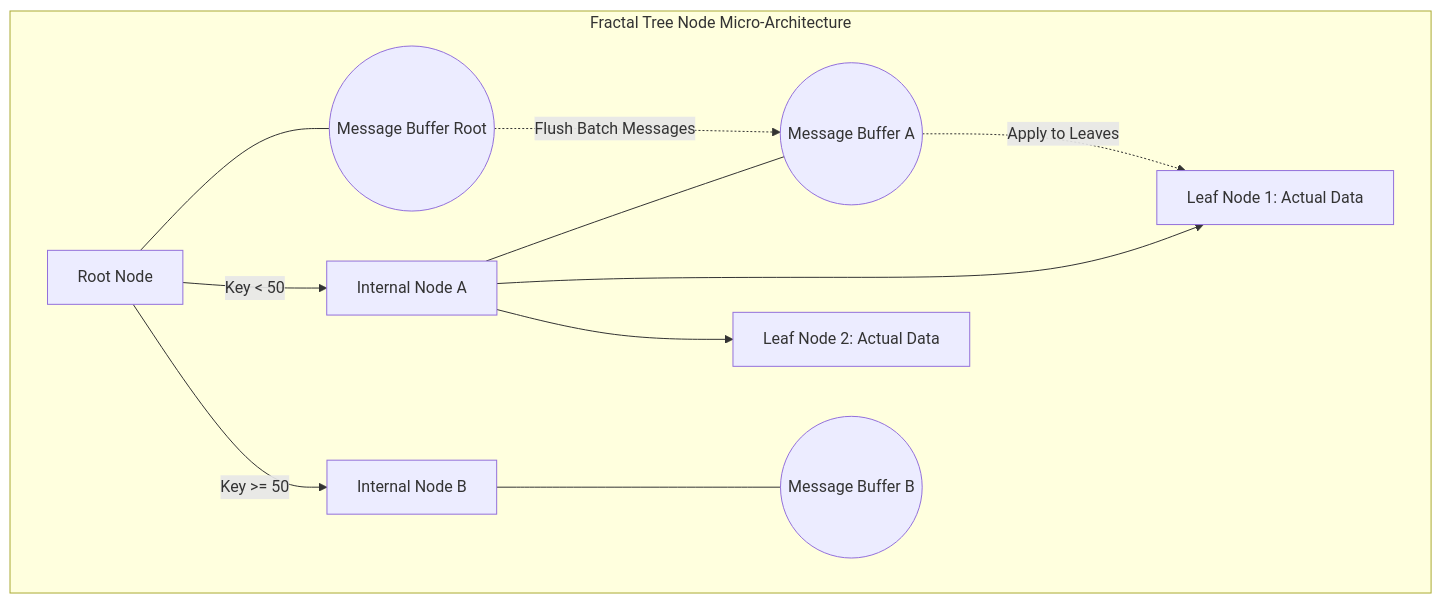
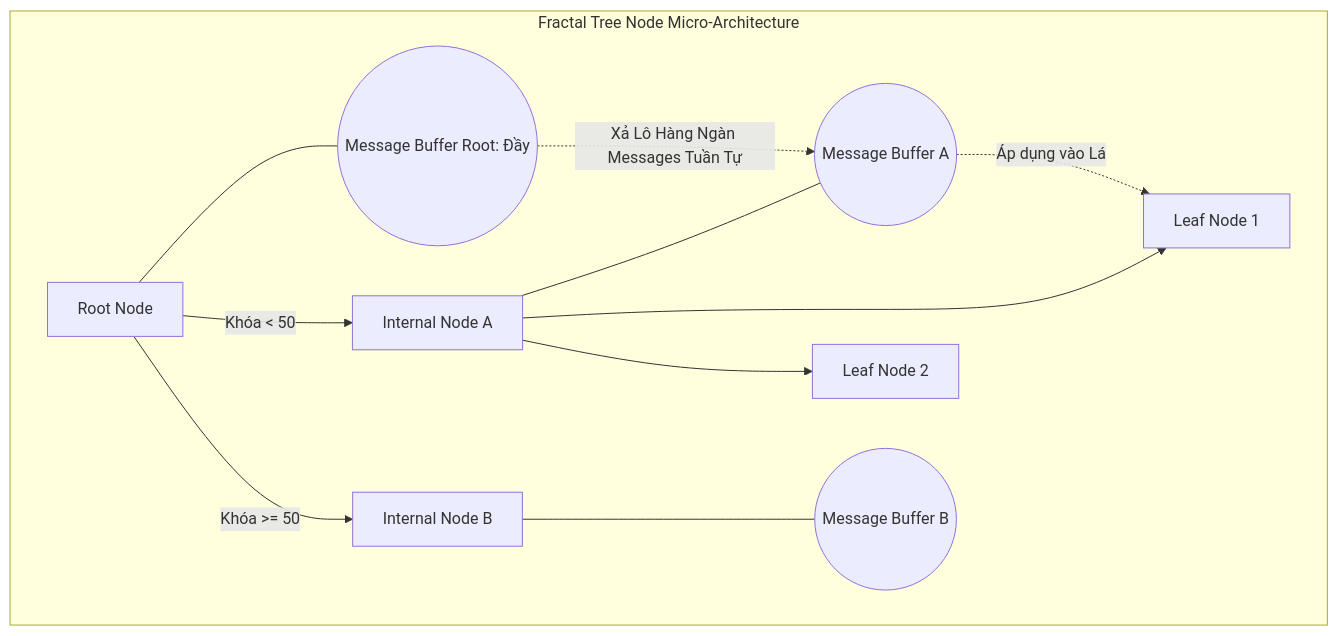
Before and after one commit to caubebinhan/landingpage: the second of 2 diagrams in blogs/part-1/07-fractal-trees-write-heavy-workload.md, drawn with Mermaid. The commit also changed other lines of this file and 6563 other files, not shown here.

````diff
--- a/blogs/part-1/07-fractal-trees-write-heavy-workload.md
+++ b/blogs/part-1/07-fractal-trees-write-heavy-workload.md
@@ -27,28 +72,28 @@
 ```mermaid
 graph TD
     subgraph "Fractal Tree Node Micro-Architecture"
         Root[Root Node]
-        BufferRoot((Message Buffer Root))
+        BufferRoot((Message Buffer Root: Đầy))
         Root --- BufferRoot
         
         NodeA[Internal Node A]
         BufferA((Message Buffer A))
         NodeA --- BufferA
         
         NodeB[Internal Node B]
         BufferB((Message Buffer B))
         NodeB --- BufferB
         
-        Root -->|Key < 50| NodeA
-        Root -->|Key >= 50| NodeB
+        Root -->|Khóa < 50| NodeA
+        Root -->|Khóa >= 50| NodeB
         
-        Leaf1[Leaf Node 1: Actual Data]
-        Leaf2[Leaf Node 2: Actual Data]
+        Leaf1[Leaf Node 1]
+        Leaf2[Leaf Node 2]
         
         NodeA --> Leaf1
         NodeA --> Leaf2
         
-        BufferRoot -.->|Flush Batch Messages| BufferA
-        BufferA -.->|Apply to Leaves| Leaf1
+        BufferRoot -.->|Xả Lô Hàng Ngàn Messages Tuần Tự| BufferA
+        BufferA -.->|Áp dụng vào Lá| Leaf1
     end
 ```
````
